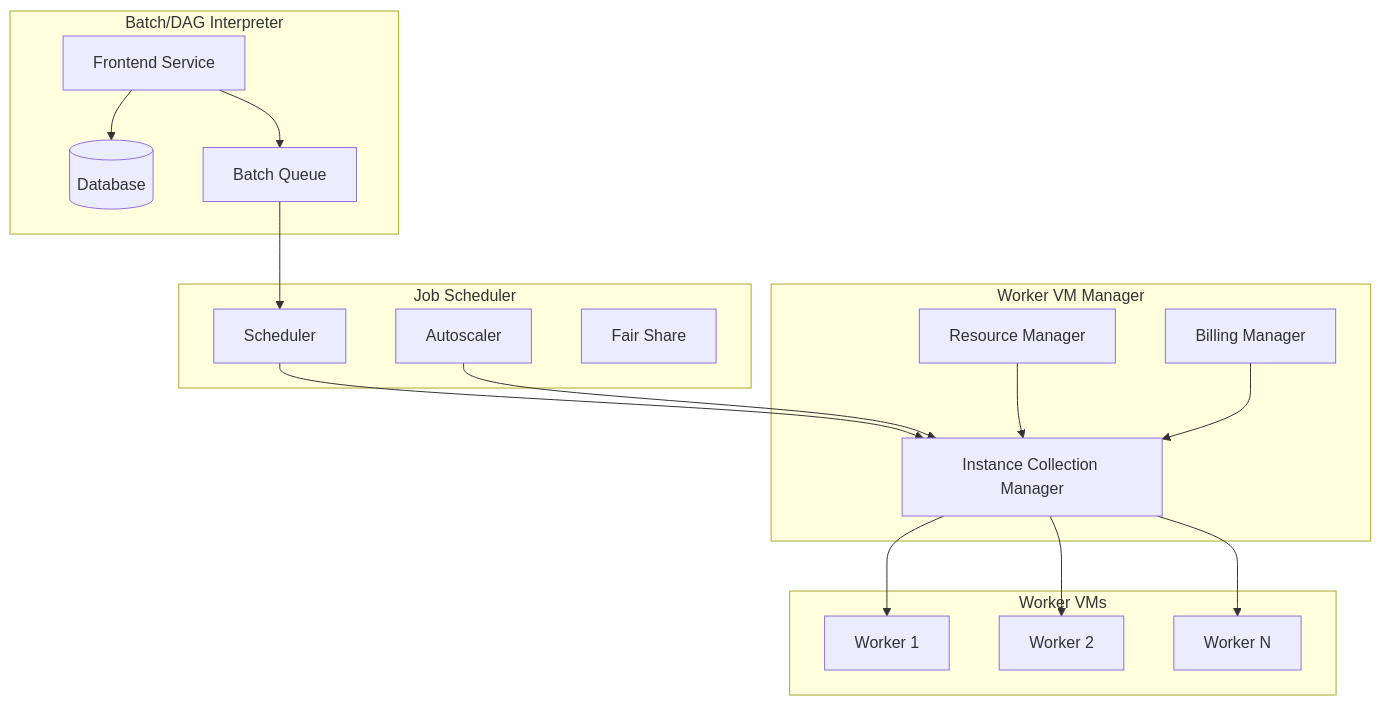
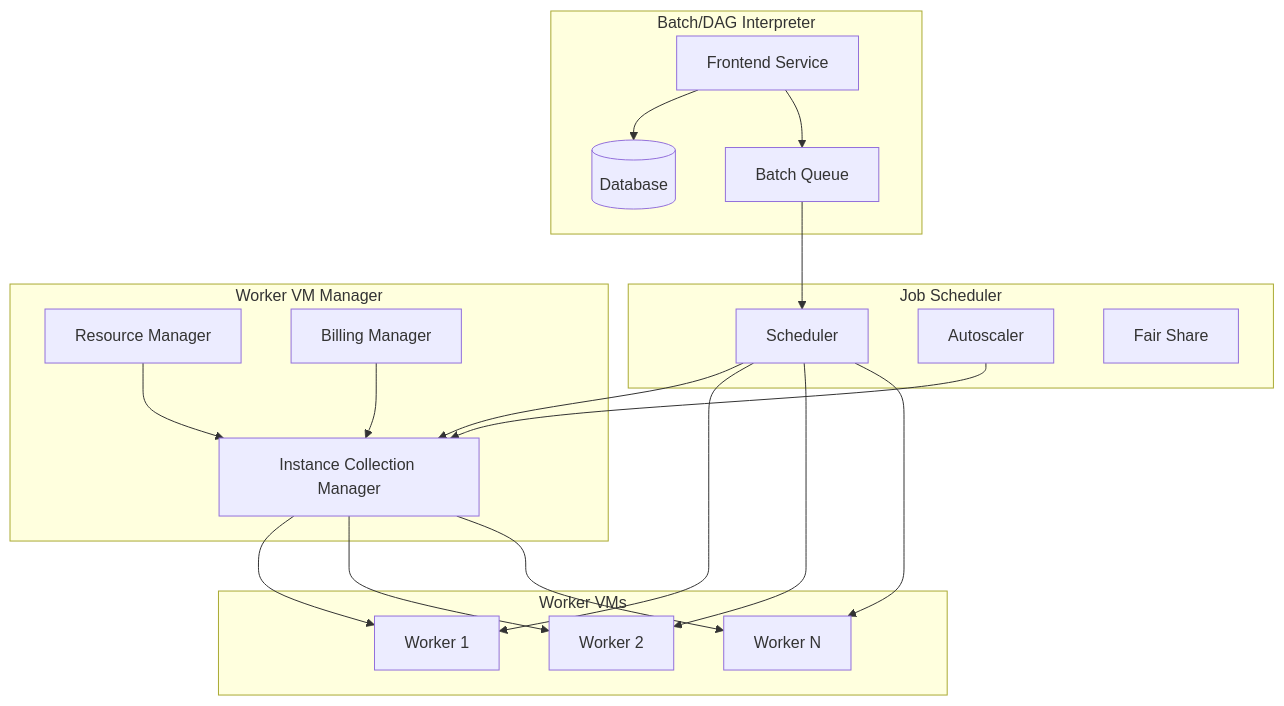
One commit to cjllanwarne/hail changed the first of 9 diagrams in dev-docs/services/batch/code-structure.md. Above: the diagram before and after it, drawn with Mermaid. The commit also changed other lines of this file, not shown here.

````diff
--- a/dev-docs/services/batch/code-structure.md
+++ b/dev-docs/services/batch/code-structure.md
@@ -15,37 +15,40 @@
 ```mermaid
 graph TB
     subgraph "Batch/DAG Interpreter"
         FE[Frontend Service]
         DB[(Database)]
         BQ[Batch Queue]
     end
     
     subgraph "Job Scheduler"
         SC[Scheduler]
         AS[Autoscaler]
         FS[Fair Share]
     end
     
     subgraph "Worker VM Manager"
         ICM[Instance Collection Manager]
         RM[Resource Manager]
         BM[Billing Manager]
     end
     
     subgraph "Worker VMs"
         W1[Worker 1]
         W2[Worker 2]
         WN[Worker N]
     end
     
     FE --> DB
     FE --> BQ
     BQ --> SC
     SC --> ICM
     AS --> ICM
     ICM --> W1
     ICM --> W2
     ICM --> WN
     RM --> ICM
     BM --> ICM
+    SC --> W1
+    SC --> W2
+    SC --> WN
 ```
````
